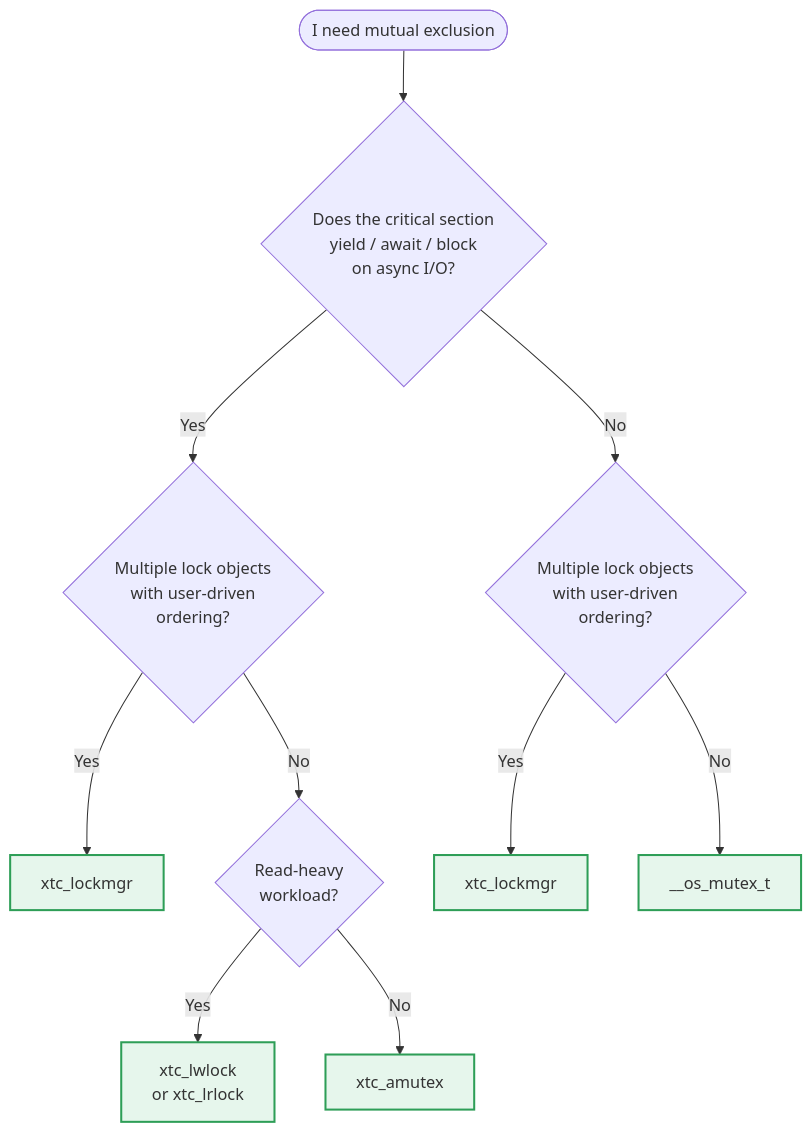
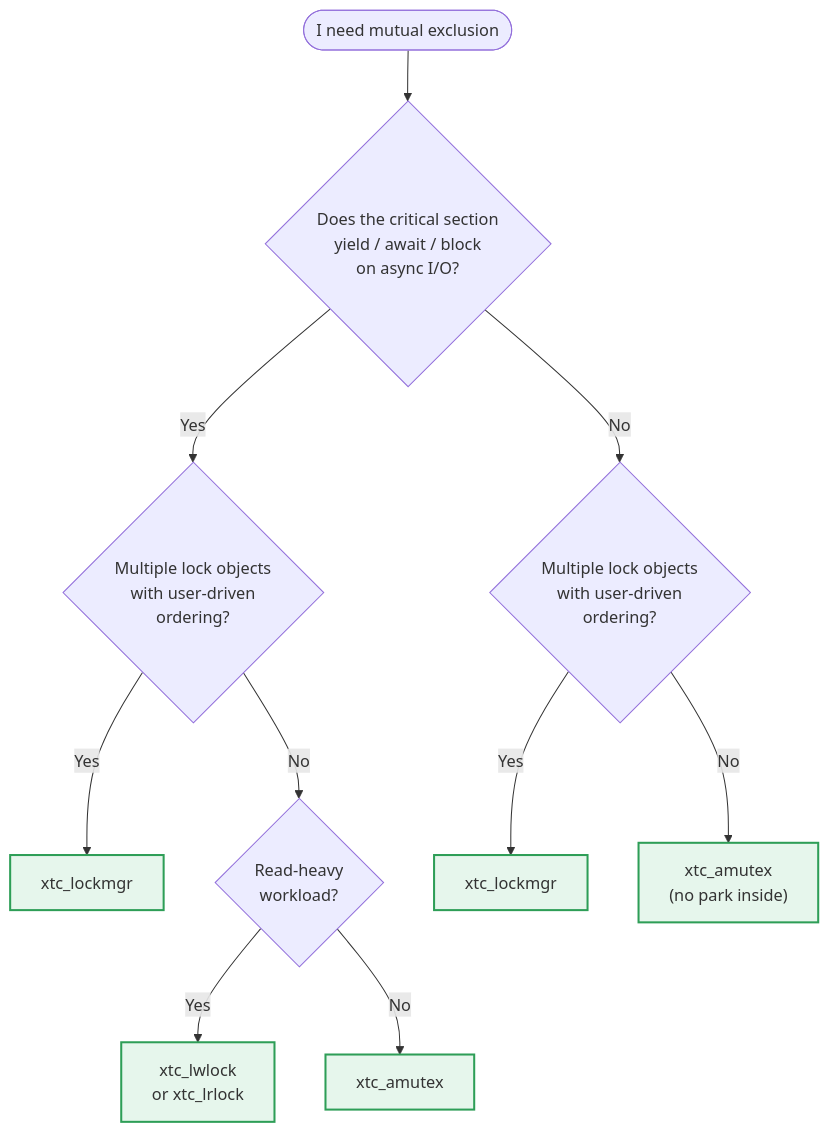
The first of 3 diagrams in docs/locks.md (gburd/libxtc), drawn with Mermaid before and after one commit. The commit also changed other lines of this file, not shown here.

First line of the commit message:
docs/locks.md: no __os_ leaf in the decision tree; arwlock and rwlock

````diff
--- a/docs/locks.md
+++ b/docs/locks.md
@@ -563,13 +584,13 @@
 ```mermaid
 flowchart TD
     Start(["I need mutual exclusion"]) --> Y{"Does the critical section<br/>yield / await / block<br/>on async I/O?"}
     Y -->|Yes| YM{"Multiple lock objects<br/>with user-driven<br/>ordering?"}
     Y -->|No| NM{"Multiple lock objects<br/>with user-driven<br/>ordering?"}
     YM -->|Yes| LM1["xtc_lockmgr"]:::leaf
     YM -->|No| RH{"Read-heavy<br/>workload?"}
     RH -->|Yes| RW["xtc_lwlock<br/>or xtc_lrlock"]:::leaf
     RH -->|No| AM["xtc_amutex"]:::leaf
     NM -->|Yes| LM2["xtc_lockmgr"]:::leaf
-    NM -->|No| OM["__os_mutex_t"]:::leaf
+    NM -->|No| OM["xtc_amutex<br/>(no park inside)"]:::leaf
     classDef leaf fill:#e6f6ec,stroke:#2e9e57,stroke-width:2px;
 ```
````
